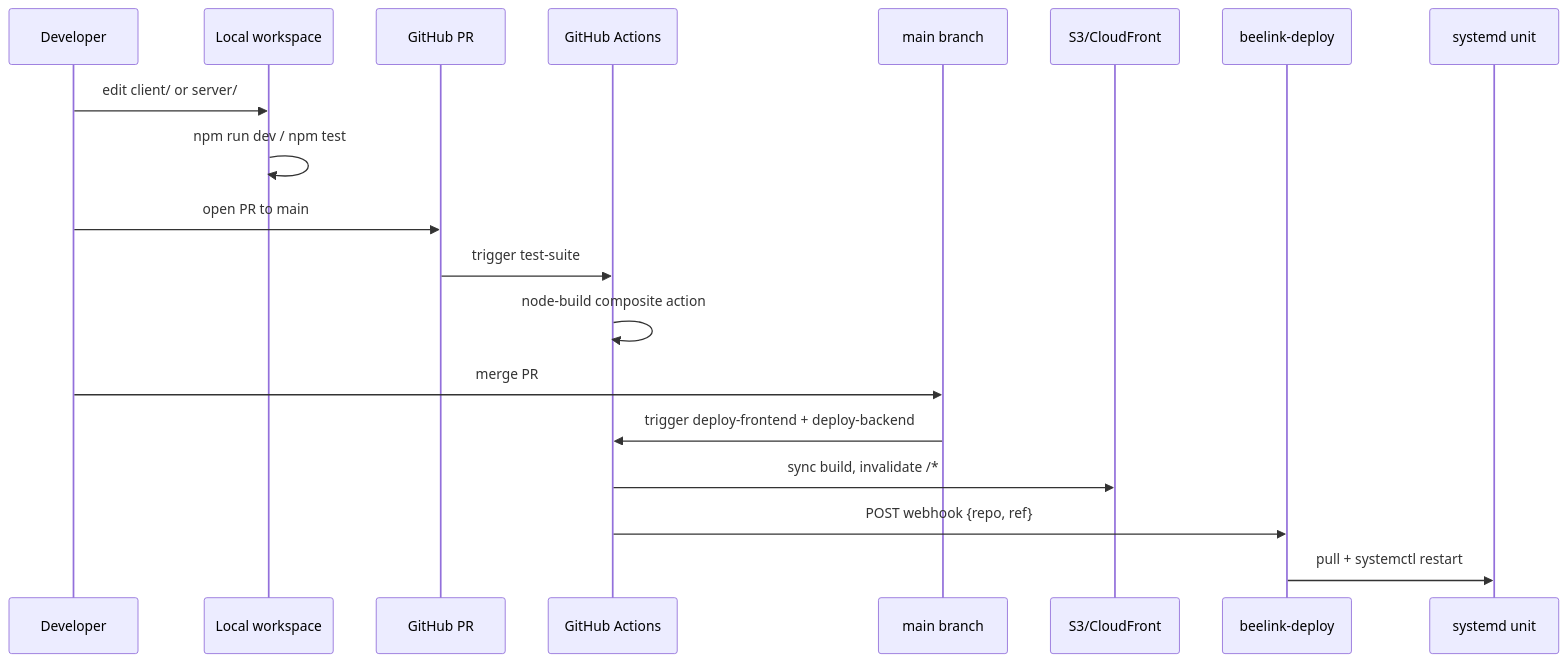
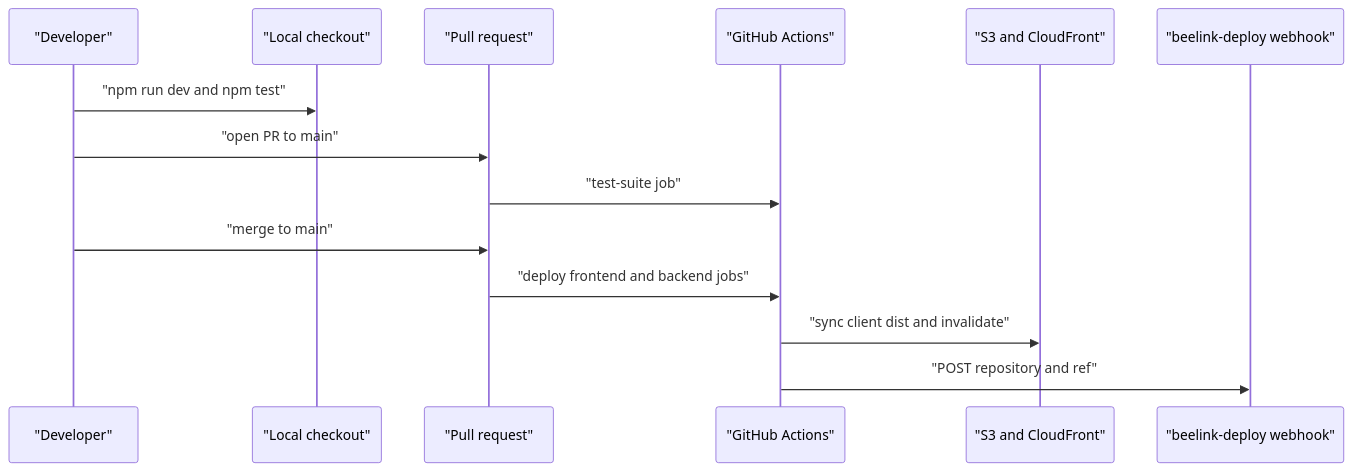
The diagram in content/repos/Jeffrey-Keyser-insta-travel-map/Iteration-Loop.md (Jeffrey-Keyser/project-wiki), drawn with Mermaid before and after one commit. The commit also changed other lines of this file and 150 other files, not shown here.

````diff
--- a/content/repos/Jeffrey-Keyser-insta-travel-map/Iteration-Loop.md
+++ b/content/repos/Jeffrey-Keyser-insta-travel-map/Iteration-Loop.md
@@ -8,22 +33,16 @@
 ```mermaid
 sequenceDiagram
-  participant Dev as Developer
-  participant Local as Local workspace
-  participant PR as GitHub PR
-  participant CI as GitHub Actions
-  participant Main as main branch
-  participant S3 as S3/CloudFront
-  participant BL as beelink-deploy
-  participant Sys as systemd unit
-
-  Dev->>Local: edit client/ or server/
-  Local->>Local: npm run dev / npm test
-  Dev->>PR: open PR to main
-  PR->>CI: trigger test-suite
-  CI->>CI: node-build composite action
-  Dev->>Main: merge PR
-  Main->>CI: trigger deploy-frontend + deploy-backend
-  CI->>S3: sync build, invalidate /*
-  CI->>BL: POST webhook {repo, ref}
-  BL->>Sys: pull + systemctl restart
+  participant Dev as "Developer"
+  participant Local as "Local checkout"
+  participant PR as "Pull request"
+  participant CI as "GitHub Actions"
+  participant S3 as "S3 and CloudFront"
+  participant BL as "beelink-deploy webhook"
+  Dev->>Local: "npm run dev and npm test"
+  Dev->>PR: "open PR to main"
+  PR->>CI: "test-suite job"
+  Dev->>PR: "merge to main"
+  PR->>CI: "deploy frontend and backend jobs"
+  CI->>S3: "sync client dist and invalidate"
+  CI->>BL: "POST repository and ref"
 ```
````
